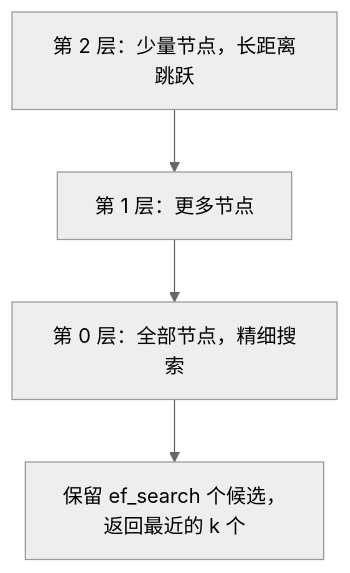
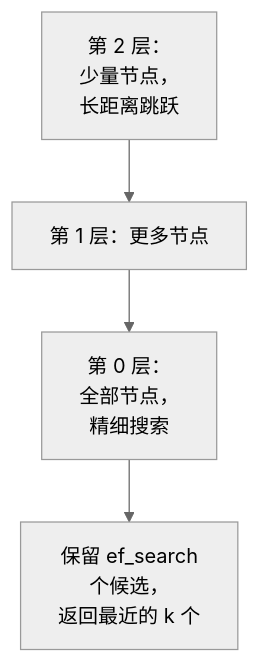
One commit to jarvis-pro/hatch-shelf changed the diagram in books/rag-systems/03-pgvector.md. Above: the diagram before and after it, drawn with Mermaid (neutral theme). The commit also changed 432 other files, not shown here.

````diff
--- a/books/rag-systems/03-pgvector.md
+++ b/books/rag-systems/03-pgvector.md
@@ -227,6 +227,6 @@
 ```mermaid
 flowchart TD
-  L2["第 2 层：少量节点，长距离跳跃"] --> L1["第 1 层：更多节点"]
-  L1 --> L0["第 0 层：全部节点，精细搜索"]
-  L0 --> R["保留 ef_search 个候选，<br/>返回最近的 k 个"]
+  L2["第 2 层：<br/>少量节点，<br/>长距离跳跃"] --> L1["第 1 层：更多节点"]
+  L1 --> L0["第 0 层：<br/>全部节点，<br/>精细搜索"]
+  L0 --> R["保留 ef_search<br/>个候选，<br/>返回最近的 k 个"]
 ```
````
